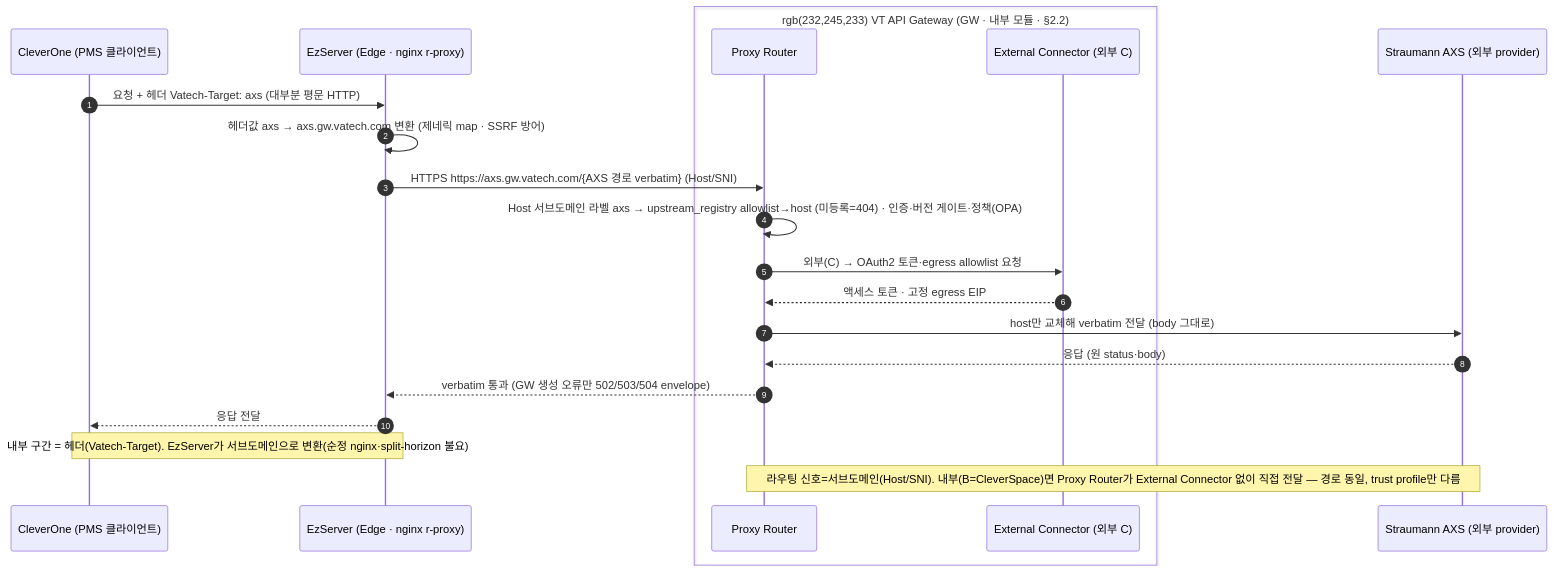
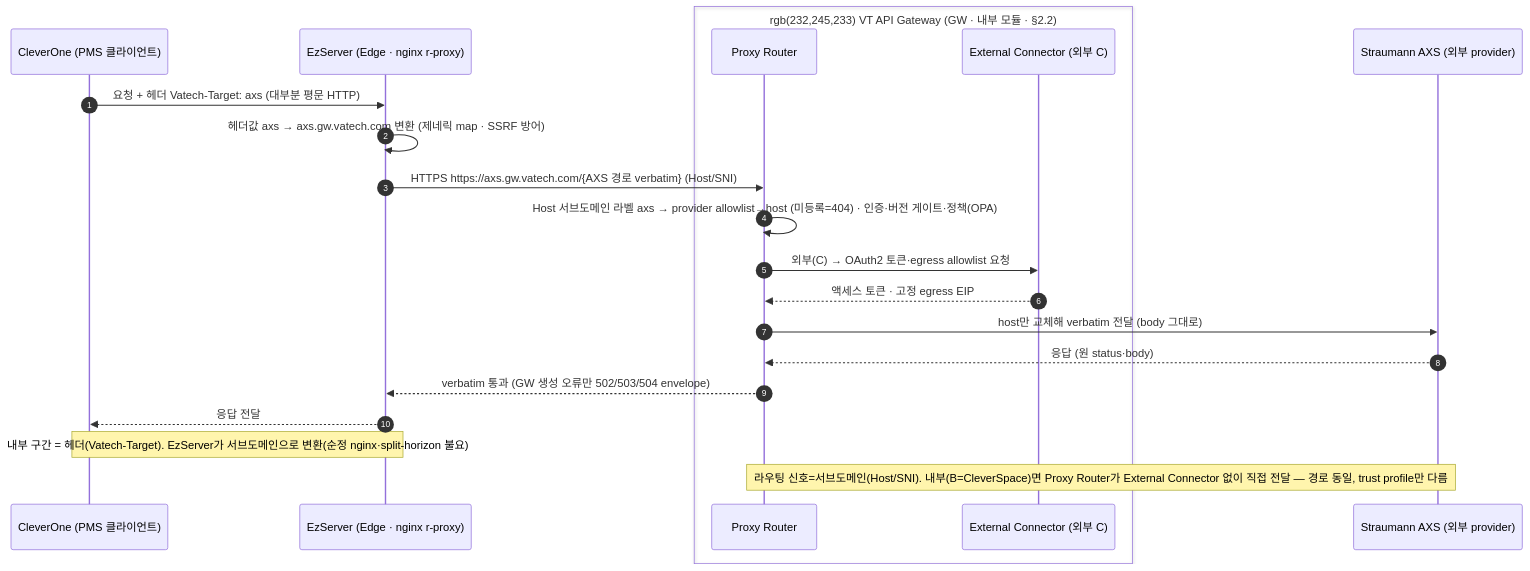
The seventh of 18 diagrams in docs/VT_API_Gateway/08.VT_API_Gateway/specs/03-srs-gateway/SRS.md (gracegyu/scp-architecture), drawn with Mermaid before and after one commit. The commit also changed other lines of this file and 7 other files, not shown here.

Commit message:
문서 업데이트: VT API Gateway의 API 명세에서 문서 버전을 v0.6으로 업데이트하고, Connector, UpstreamRegistry, WebhookProvider를 통합하여 Provider 데이터 모델을 개선하였습니다. 이를 통해 연동 대상의 라우팅, 아웃바운드 자격, 인바운드 webhook 수신을 하나의 레코드로 관리할 수 있도록 하여 시스템 아키텍처의 일관성을 강화하고 데이터 흐름의 명확성을 높였습니다. 또한, 관련 SRS 및 OpenAPI 문서에서 변경 사항을 반영하여 관리 API를 보강하였습니다.

````diff
--- a/docs/VT_API_Gateway/08.VT_API_Gateway/specs/03-srs-gateway/SRS.md
+++ b/docs/VT_API_Gateway/08.VT_API_Gateway/specs/03-srs-gateway/SRS.md
@@ -517,23 +515,23 @@
 ```mermaid
 sequenceDiagram
     autonumber
     participant CO as CleverOne (PMS 클라이언트)
     participant EZ as EzServer (Edge · nginx r-proxy)
     box rgb(232,245,233) VT API Gateway (GW · 내부 모듈 · §2.2)
     participant RT as Proxy Router
     participant CN as External Connector (외부 C)
     end
     participant AXS as Straumann AXS (외부 provider)
     CO->>EZ: 요청 + 헤더 Vatech-Target: axs (대부분 평문 HTTP)
     EZ->>EZ: 헤더값 axs → axs.gw.vatech.com 변환 (제네릭 map · SSRF 방어)
     EZ->>RT: HTTPS https://axs.gw.vatech.com/{AXS 경로 verbatim} (Host/SNI)
-    RT->>RT: Host 서브도메인 라벨 axs → upstream_registry allowlist→host (미등록=404) · 인증·버전 게이트·정책(OPA)
+    RT->>RT: Host 서브도메인 라벨 axs → provider allowlist→host (미등록=404) · 인증·버전 게이트·정책(OPA)
     RT->>CN: 외부(C) → OAuth2 토큰·egress allowlist 요청
     CN-->>RT: 액세스 토큰 · 고정 egress EIP
     RT->>AXS: host만 교체해 verbatim 전달 (body 그대로)
     AXS-->>RT: 응답 (원 status·body)
     RT-->>EZ: verbatim 통과 (GW 생성 오류만 502/503/504 envelope)
     EZ-->>CO: 응답 전달
     Note over CO,EZ: 내부 구간 = 헤더(Vatech-Target). EzServer가 서브도메인으로 변환(순정 nginx·split-horizon 불요)
     Note over RT,AXS: 라우팅 신호=서브도메인(Host/SNI). 내부(B=CleverSpace)면 Proxy Router가 External Connector 없이 직접 전달 — 경로 동일, trust profile만 다름
 ```
````
